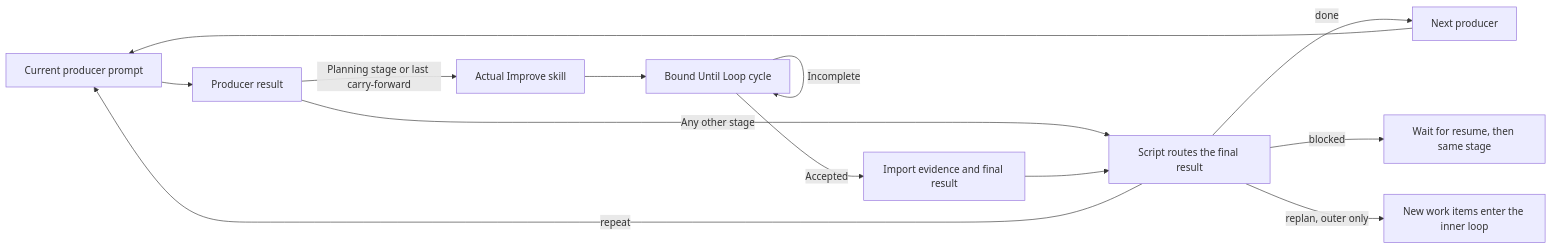
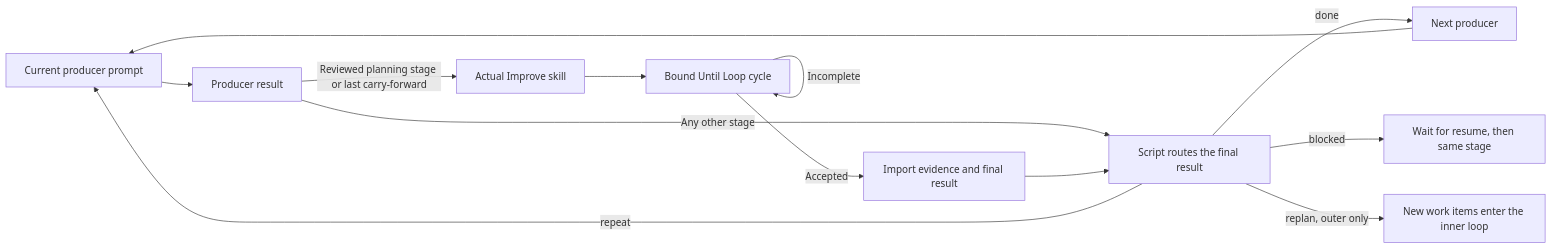
One commit to whichguy/skill-craft changed the first of 4 diagrams in skills/shiploop/references/navigator.md. Above: the diagram before and after it, drawn with Mermaid. The commit also changed other lines of this file and 30 other files, not shown here.

````diff
--- a/skills/shiploop/references/navigator.md
+++ b/skills/shiploop/references/navigator.md
@@ -19,15 +20,15 @@
 ```mermaid
 flowchart LR
   P[Current producer prompt] --> R[Producer result]
-  R -->|Planning stage or last carry-forward| I[Actual Improve skill]
+  R -->|Reviewed planning stage or last carry-forward| I[Actual Improve skill]
   R -->|Any other stage| F
   I --> U[Bound Until Loop cycle]
   U -->|Incomplete| U
   U -->|Accepted| C[Import evidence and final result]
   C --> F[Script routes the final result]
   F -->|done| N[Next producer]
   F -->|repeat| P
   F -->|blocked| B[Wait for resume, then same stage]
   F -->|replan, outer only| W[New work items enter the inner loop]
   N --> P
 ```
````
